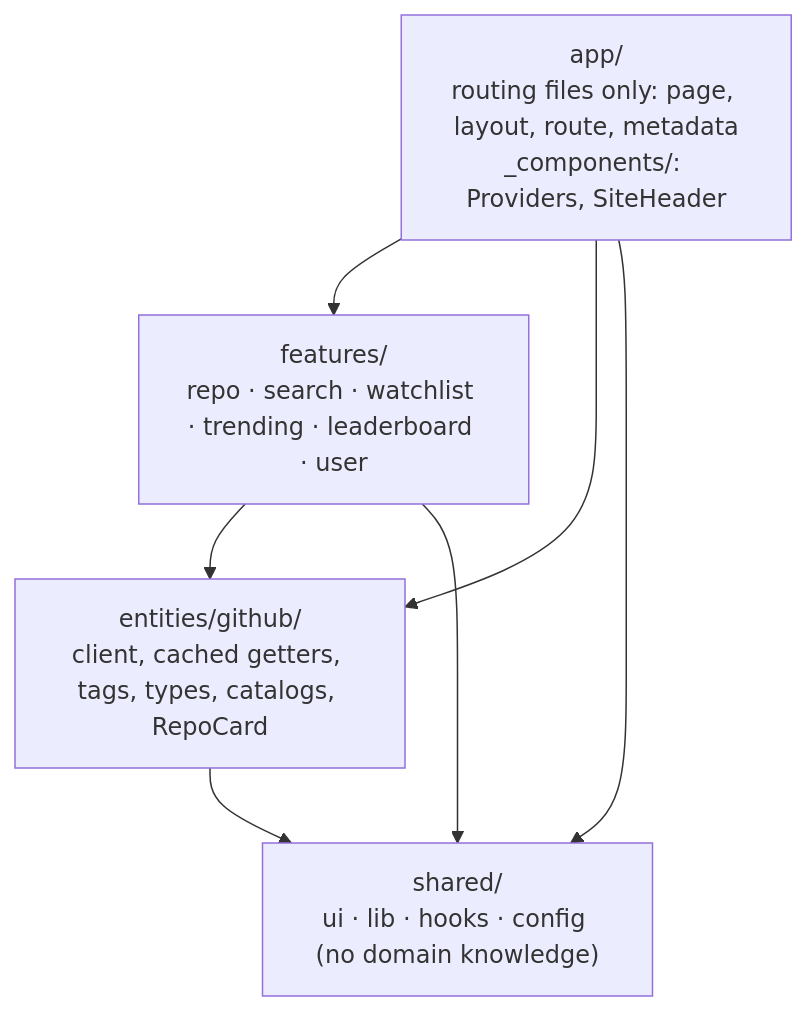
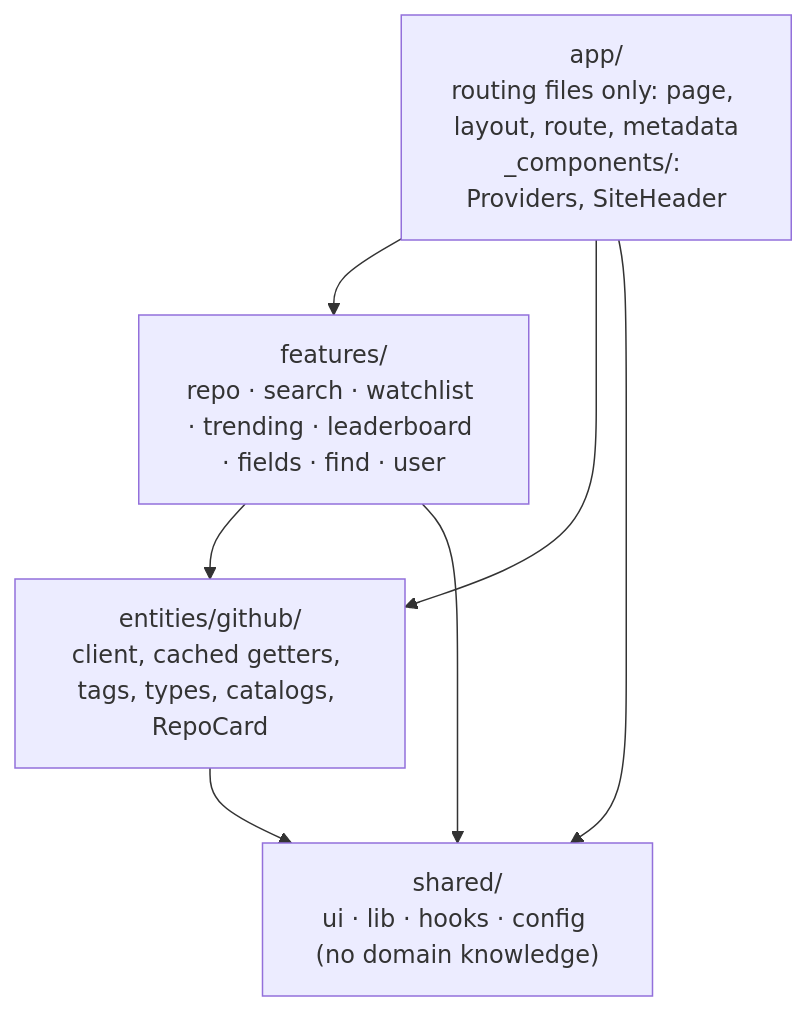
Before and after one commit to tarnishedMind/RepoRadar: diagram 19 of 19 in docs/ARCHITECTURE.md, drawn with Mermaid. The commit also changed other lines of this file and 55 other files, not shown here.

````diff
--- a/docs/ARCHITECTURE.md
+++ b/docs/ARCHITECTURE.md
@@ -872,11 +936,11 @@
 ```mermaid
 flowchart TD
   app["app/<br/>routing files only: page, layout, route, metadata<br/>_components/: Providers, SiteHeader"]
-  features["features/<br/>repo · search · watchlist · trending · leaderboard · user"]
+  features["features/<br/>repo · search · watchlist · trending · leaderboard · fields · find · user"]
   entities["entities/github/<br/>client, cached getters, tags, types, catalogs, RepoCard"]
   shared["shared/<br/>ui · lib · hooks · config (no domain knowledge)"]
   app --> features --> entities --> shared
   app --> entities
   app --> shared
   features --> shared
 ```
````
